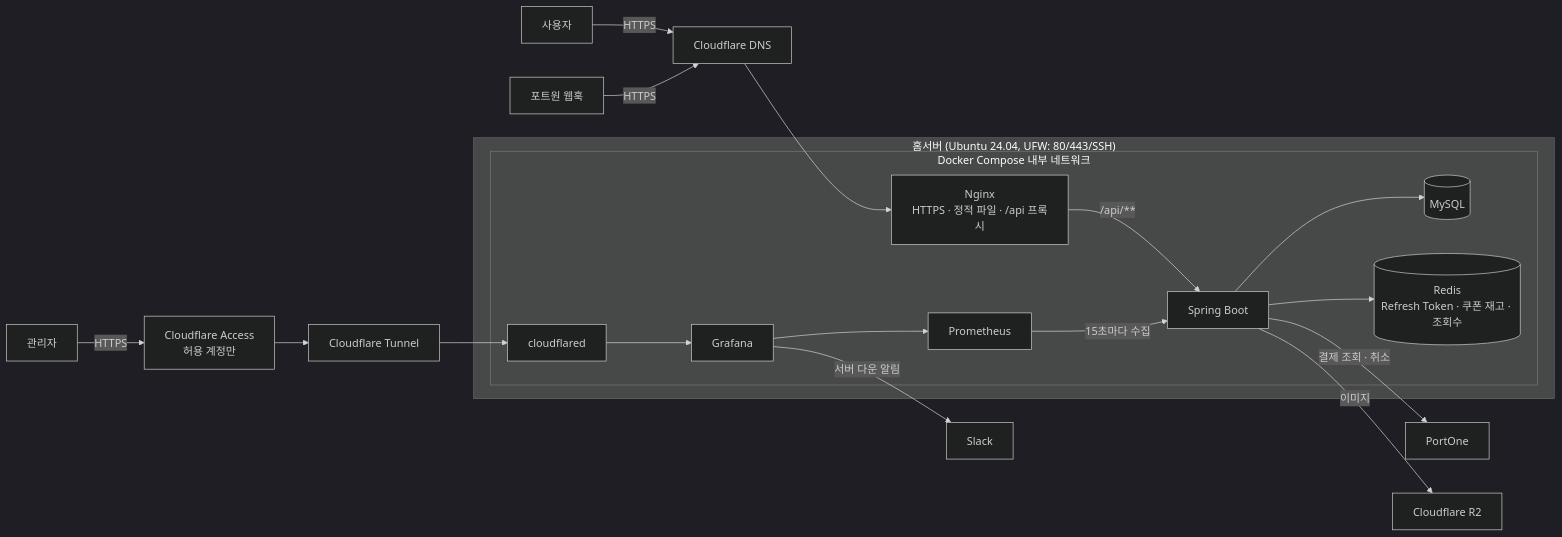
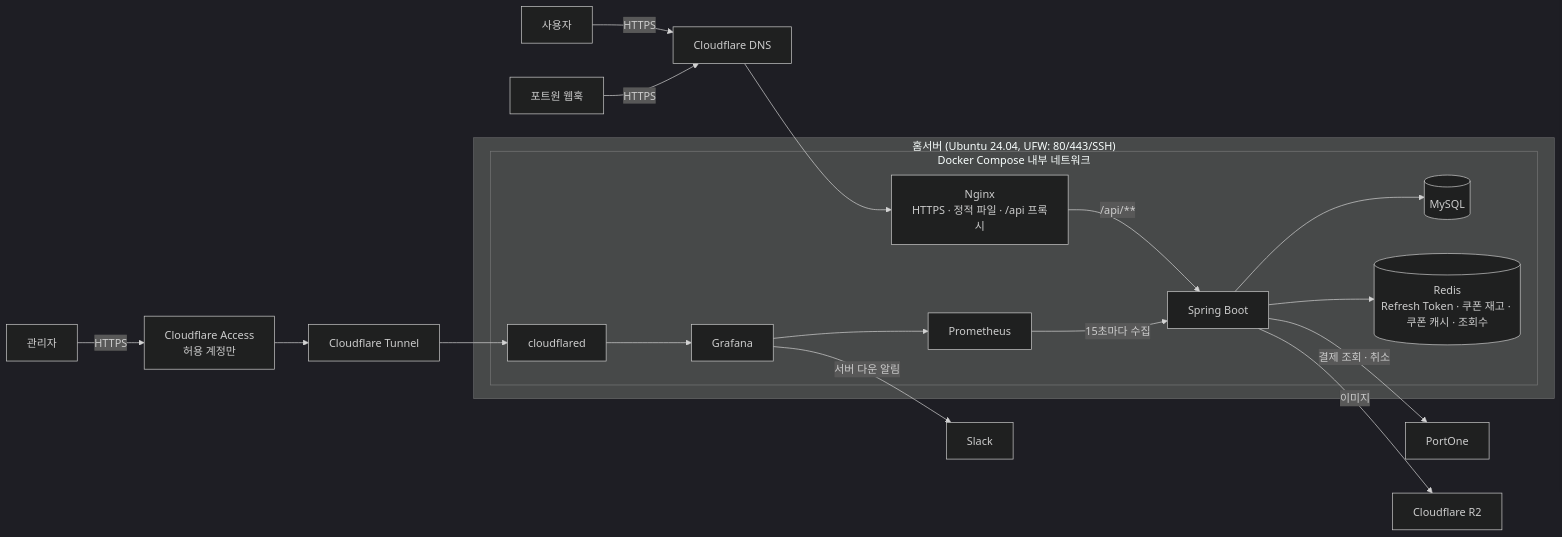
The diagram in README.md (junghun92/baseshop), drawn with Mermaid (dark theme) before and after one commit. The commit also changed other lines of this file, not shown here.

````diff
--- a/README.md
+++ b/README.md
@@ -38,28 +38,28 @@
 ```mermaid
 flowchart LR
     U["사용자"] -->|"HTTPS"| CF["Cloudflare DNS"]
     PO["포트원 웹훅"] -->|"HTTPS"| CF
     CF --> N
     ADM["관리자"] -->|"HTTPS"| ACC["Cloudflare Access<br>허용 계정만"]
     ACC --> TUN["Cloudflare Tunnel"]
     subgraph S["홈서버 (Ubuntu 24.04, UFW: 80/443/SSH)"]
         subgraph D["Docker Compose 내부 네트워크"]
             N["Nginx<br>HTTPS · 정적 파일 · /api 프록시"]
             SP["Spring Boot"]
             DB[("MySQL")]
-            RD[("Redis<br>Refresh Token · 쿠폰 재고 · 조회수")]
+            RD[("Redis<br>Refresh Token · 쿠폰 재고 · 쿠폰 캐시 · 조회수")]
             PR["Prometheus"]
             GF["Grafana"]
             CFD["cloudflared"]
         end
     end
     N -->|"/api/**"| SP
     SP --> DB
     SP --> RD
     PR -->|"15초마다 수집"| SP
     GF --> PR
     TUN --> CFD --> GF
     GF -->|"서버 다운 알림"| SL["Slack"]
     SP -->|"결제 조회 · 취소"| PG["PortOne"]
     SP -->|"이미지"| R2["Cloudflare R2"]
 ```
````
